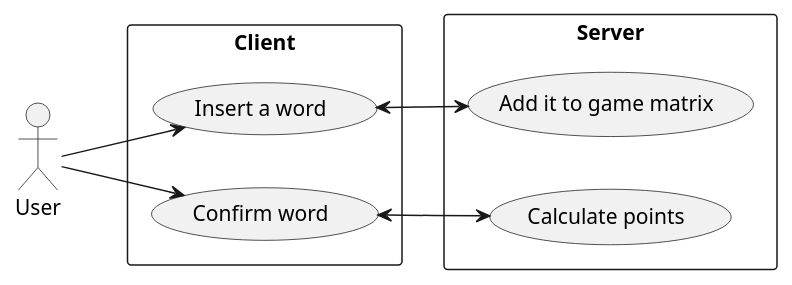
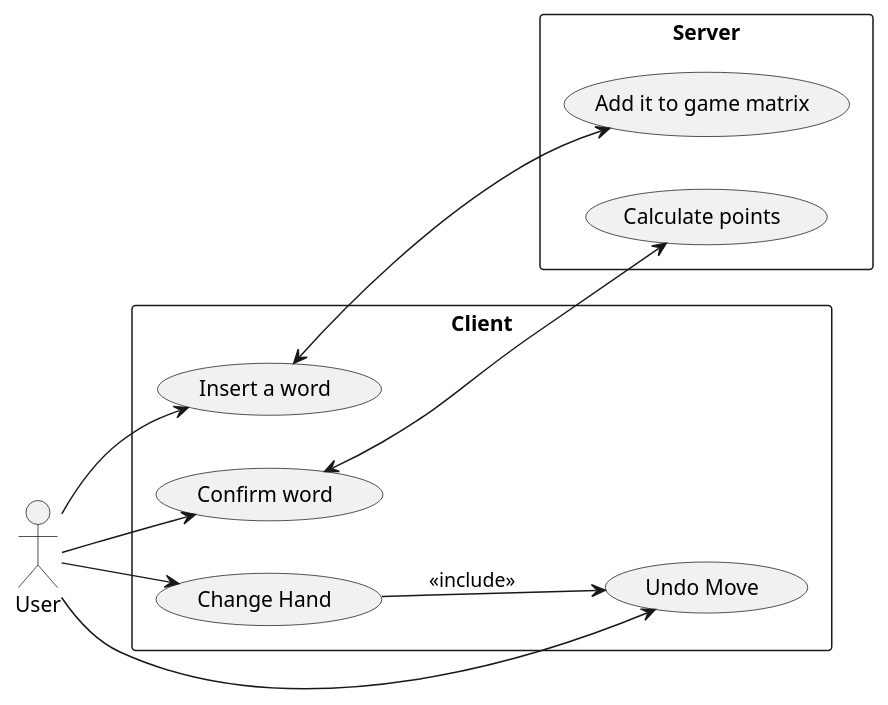
The diagram in use_case.puml (shdShadow/Scarabeo), drawn with PlantUML before and after one commit. The commit also changed 1 other file, not shown here.

Commit message:
sequence diagram e use case aggiornato

```diff
--- a/use_case.puml
+++ b/use_case.puml
@@ -1,20 +1,27 @@
 @startuml use_case_Scarabeo
 left to right direction
 actor "User" as u
 
 rectangle Client{
     usecase "Insert a word" as UC1
     usecase "Confirm word" as UC2
+    usecase "Change Hand" as UC3
+    usecase "Undo Move" as UC4
+}
 
-}
 u --> UC1
 u --> UC2
+u --> UC3
+u --> UC4
+
 rectangle Server{
     usecase "Add it to game matrix" as US1
     usecase "Calculate points" as US2
 }
 
 UC1 <--> US1
 UC2 <--> US2
 
+UC3 --> UC4 : <<include>>
+
 @enduml
```
